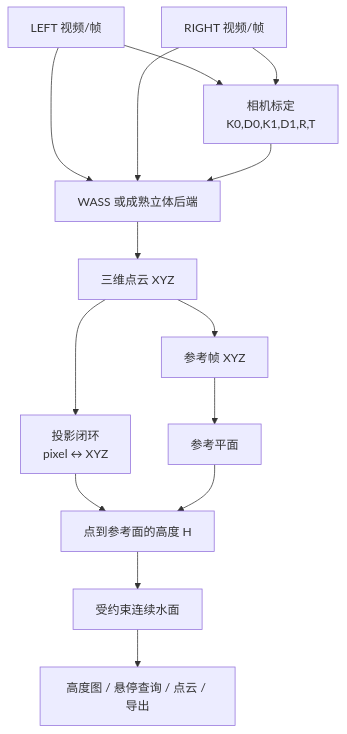
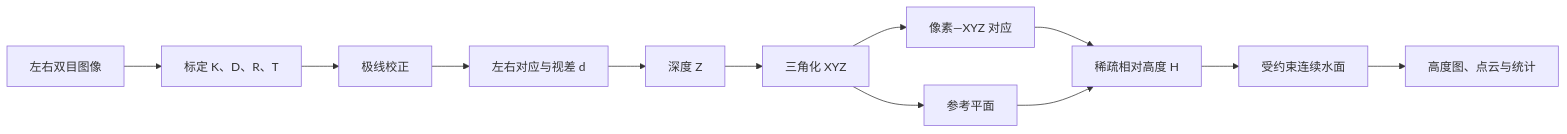
Before and after one commit to xenocrest/stereo-wave-height: the diagram in PROJECT_PROGRESS_REPORT_ZH.md, drawn with Mermaid. The commit also changed other lines of this file, not shown here.

Commit message:
Rewrite project report around mathematical data flow and experiments

````diff
--- a/PROJECT_PROGRESS_REPORT_ZH.md
+++ b/PROJECT_PROGRESS_REPORT_ZH.md
@@ -22,18 +19,14 @@
 ```mermaid
-flowchart TD
-  LV[LEFT 视频/帧] --> CAL[相机标定
-K0,D0,K1,D1,R,T]
-  RV[RIGHT 视频/帧] --> CAL
-  LV --> WASS[WASS 或成熟立体后端]
-  RV --> WASS
-  CAL --> WASS
-  WASS --> XYZ[三维点云 XYZ]
-  XYZ --> PX[投影闭环
-pixel ↔ XYZ]
-  XYZ --> RP[参考帧 XYZ]
-  RP --> PLANE[参考平面]
-  PX --> H[点到参考面的高度 H]
-  PLANE --> H
-  H --> SURF[受约束连续水面]
-  SURF --> OUT[高度图 / 悬停查询 / 点云 / 导出]
+flowchart LR
+    A[左右双目图像] --> B[标定 K、D、R、T]
+    B --> C[极线校正]
+    C --> D[左右对应与视差 d]
+    D --> E[深度 Z]
+    E --> F[三角化 XYZ]
+    F --> G[像素—XYZ 对应]
+    F --> H[参考平面]
+    G --> I[稀疏相对高度 H]
+    H --> I
+    I --> J[受约束连续水面]
+    J --> K[高度图、点云与统计]
 ```
````
